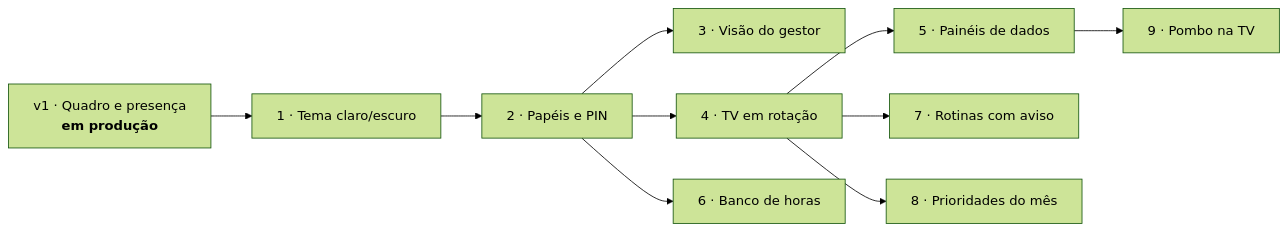
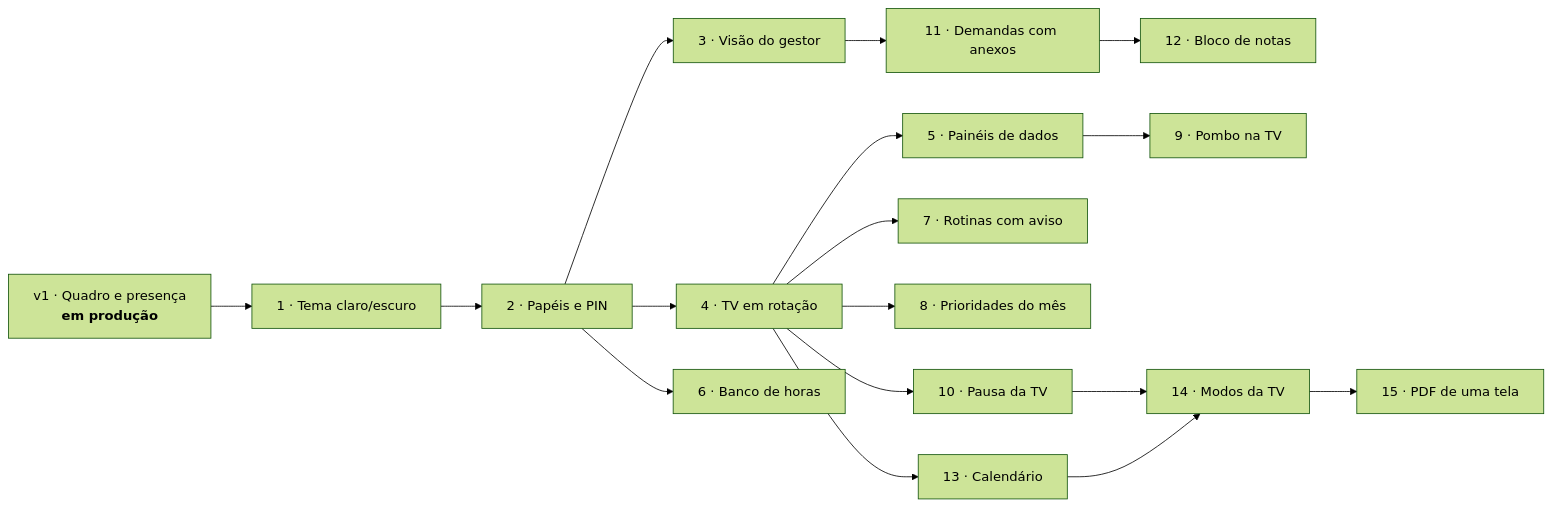
One commit to fishman2004/hub-analistas changed the diagram in docs/roadmap.md. Above: the diagram before and after it, drawn with Mermaid (forest theme). The commit also changed other lines of this file and 19 other files, not shown here.

````diff
--- a/docs/roadmap.md
+++ b/docs/roadmap.md
@@ -5,12 +5,19 @@
 ```mermaid
 flowchart LR
     V1[v1 · Quadro e presença<br><b>em produção</b>] --> F1[1 · Tema claro/escuro]
     F1 --> F2[2 · Papéis e PIN]
     F2 --> F3[3 · Visão do gestor]
     F2 --> F4[4 · TV em rotação]
     F4 --> F5[5 · Painéis de dados]
     F2 --> F6[6 · Banco de horas]
     F4 --> F7[7 · Rotinas com aviso]
     F4 --> F8[8 · Prioridades do mês]
     F5 --> F9[9 · Pombo na TV]
+    F4 --> F10[10 · Pausa da TV]
+    F3 --> F11[11 · Demandas com anexos]
+    F11 --> F12[12 · Bloco de notas]
+    F4 --> F13[13 · Calendário]
+    F10 --> F14[14 · Modos da TV]
+    F13 --> F14
+    F14 --> F15[15 · PDF de uma tela]
 ```
````
